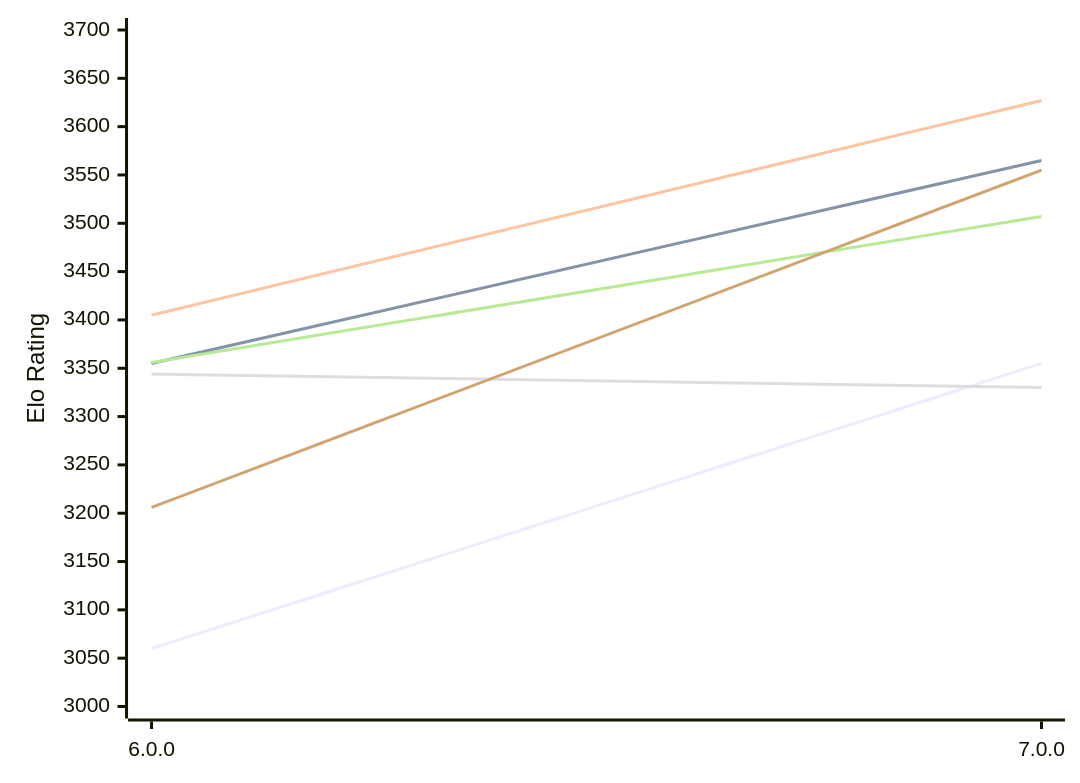
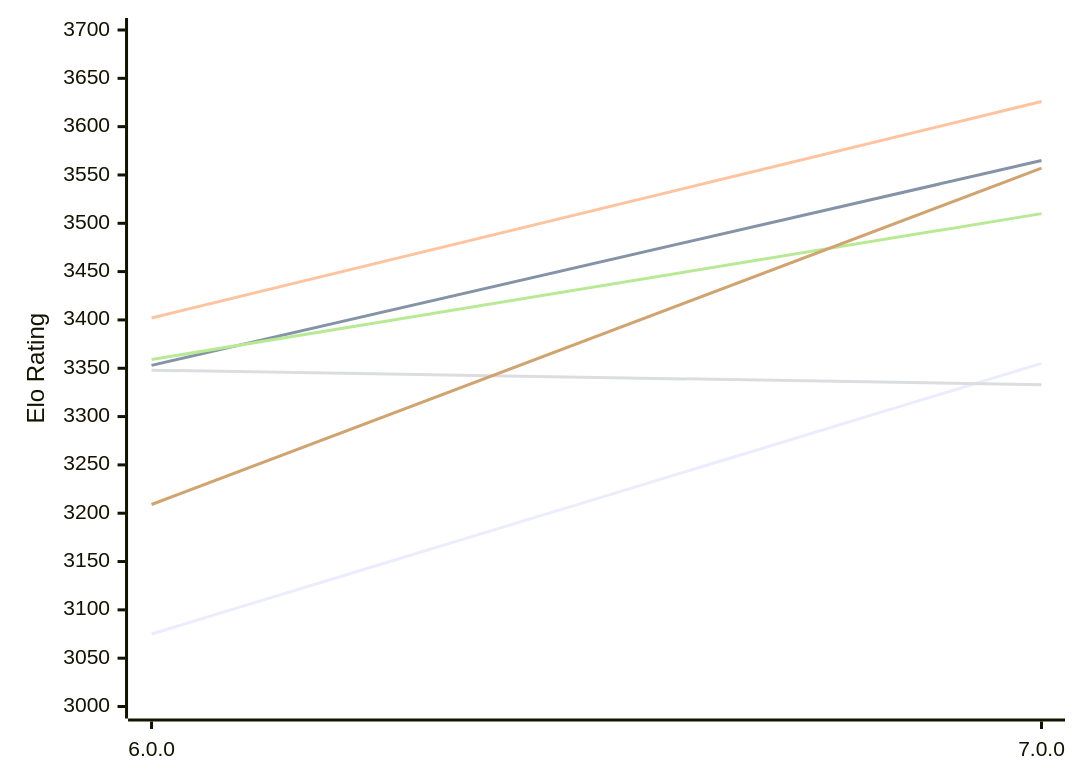
Before and after one commit to computer-chess-index/cci: the first of 2 diagrams in engines/Minke.md, drawn with Mermaid. The commit also changed other lines of this file, not shown here.

Commit message:
Update CCI Ratings (ELO VLTC) - 2026-11-24

````diff
--- a/engines/Minke.md
+++ b/engines/Minke.md
@@ -53,12 +53,12 @@
 ```mermaid
 %%{init: {"theme":"base","themeVariables":{"seriesColors:['#a3a3a3','#222221','#faa371']}}}%%
 xychart-beta
   x-axis ["6.0.0", "7.0.0"]
   y-axis "Elo Rating" 3000 --> 3700
-  line "E1: STC (8.0+0.08s)" [3060, 3355]
-  line "E1: LTC (60.0+0.60s)" [3355, 3565]
-  line "E1: VLTC (2m24s+1.12s)" [3405, 3627]
-  line "P1: STC (8.0+0.08s)" [3344, 3330]
-  line "P1: LTC (60.0+0.60s)" [3356, 3507]
-  line "P1: VLTC (2m24s+1.12s)" [3206, 3555]
+  line "E1: STC (8.0+0.08s)" [3075, 3355]
+  line "E1: LTC (60.0+0.60s)" [3353, 3565]
+  line "E1: VLTC (2m24s+1.12s)" [3402, 3626]
+  line "P1: STC (8.0+0.08s)" [3348, 3333]
+  line "P1: LTC (60.0+0.60s)" [3359, 3510]
+  line "P1: VLTC (2m24s+1.12s)" [3209, 3557]
 ```
````
